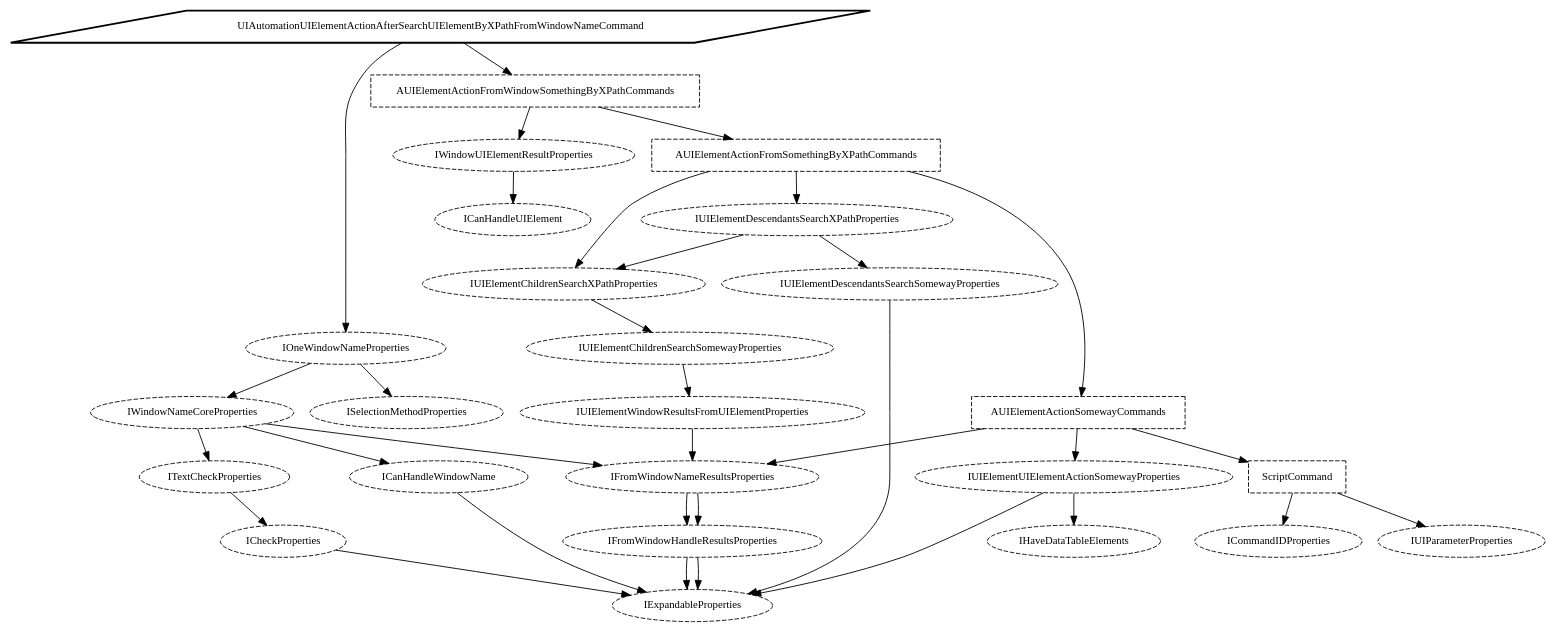
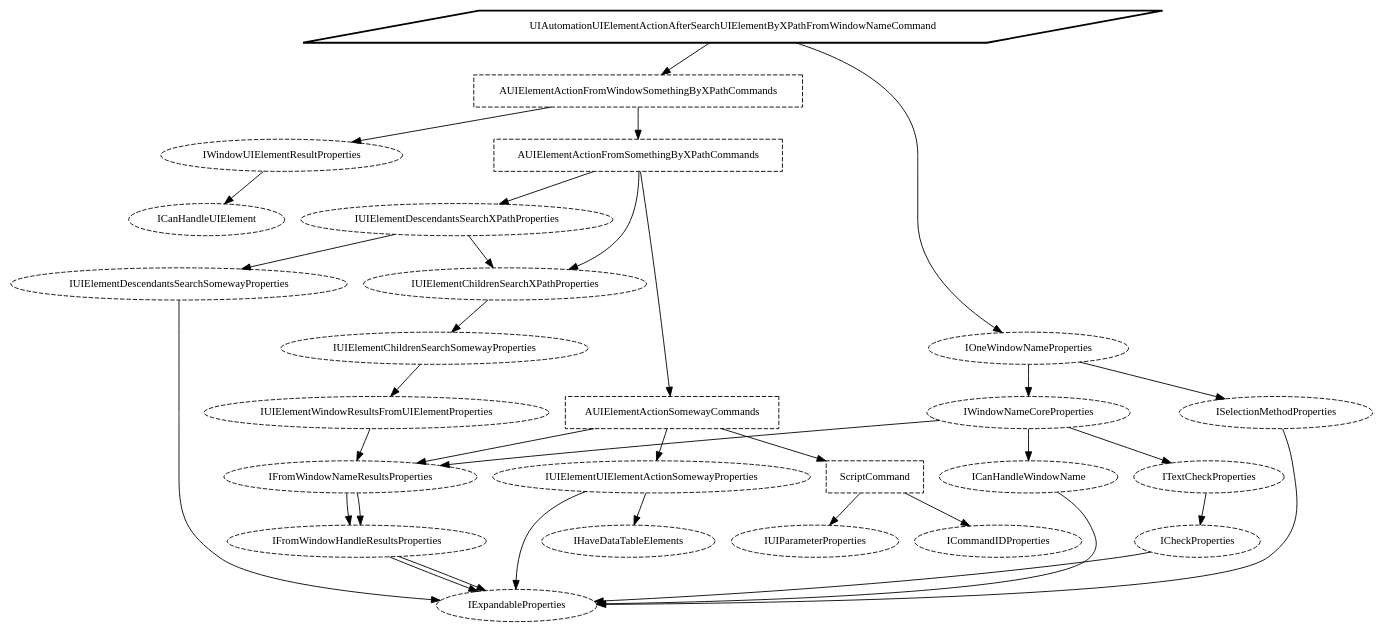
One commit to saucepleez/taskt changed the diagram in taskt/Core/Automation/Commands/UIAutomationGroup/UIAutomationUIElementActionAfterSearchUIElementByXPathFromWindowNameCommand.dot. Above: the diagram before and after it, drawn with Graphviz. The commit also changed 256 other files, not shown here.

```diff
--- a/taskt/Core/Automation/Commands/UIAutomationGroup/UIAutomationUIElementActionAfterSearchUIElementByXPathFromWindowNameCommand.dot
+++ b/taskt/Core/Automation/Commands/UIAutomationGroup/UIAutomationUIElementActionAfterSearchUIElementByXPathFromWindowNameCommand.dot
@@ -1,68 +1,69 @@
 digraph "taskt.Core.Automation.Commands.UIAutomationUIElementActionAfterSearchUIElementByXPathFromWindowNameCommand" {
     rankdir="TB";
     node [
         shape="box",
         fontname="Meiryo UI",
         fontsize="12pt"
     ];
 
 "taskt.Core.Automation.Commands.UIAutomationUIElementActionAfterSearchUIElementByXPathFromWindowNameCommand" [ label="UIAutomationUIElementActionAfterSearchUIElementByXPathFromWindowNameCommand", shape="parallelogram", style="bold", ];
 "taskt.Core.Automation.Commands.UIAutomationGroup.AUIElementActionFromWindowSomethingByXPathCommands" [ label="AUIElementActionFromWindowSomethingByXPathCommands", style="dashed", ];
 "taskt.Core.Automation.Commands.IOneWindowNameProperties" [ label="IOneWindowNameProperties", shape="ellipse", style="dashed", ];
 "taskt.Core.Automation.Commands.UIAutomationGroup.AUIElementActionFromSomethingByXPathCommands" [ label="AUIElementActionFromSomethingByXPathCommands", style="dashed", ];
 "taskt.Core.Automation.Commands.UIAutomationGroup.IWindowUIElementResultProperties" [ label="IWindowUIElementResultProperties", shape="ellipse", style="dashed", ];
 "taskt.Core.Automation.Commands.IWindowNameCoreProperties" [ label="IWindowNameCoreProperties", shape="ellipse", style="dashed", ];
 "taskt.Core.Automation.Commands.ISelectionMethodProperties" [ label="ISelectionMethodProperties", shape="ellipse", style="dashed", ];
 "taskt.Core.Automation.Commands.UIAutomationGroup.AUIElementActionSomewayCommands" [ label="AUIElementActionSomewayCommands", style="dashed", ];
 "taskt.Core.Automation.Commands.UIAutomationGroup.IUIElementChildrenSearchXPathProperties" [ label="IUIElementChildrenSearchXPathProperties", shape="ellipse", style="dashed", ];
 "taskt.Core.Automation.Commands.UIAutomationGroup.IUIElementDescendantsSearchXPathProperties" [ label="IUIElementDescendantsSearchXPathProperties", shape="ellipse", style="dashed", ];
 "taskt.Core.Automation.Commands.UIAutomationGroup.ICanHandleUIElement" [ label="ICanHandleUIElement", shape="ellipse", style="dashed", ];
 "taskt.Core.Automation.Commands.WindowGroup.IFromWindowNameResultsProperties" [ label="IFromWindowNameResultsProperties", shape="ellipse", style="dashed", ];
 "taskt.Core.Automation.Commands.ICanHandleWindowName" [ label="ICanHandleWindowName", shape="ellipse", style="dashed", ];
 "taskt.Core.Automation.Commands.TextGroup.ITextCheckProperties" [ label="ITextCheckProperties", shape="ellipse", style="dashed", ];
+"taskt.Core.Automation.Commands.IExpandableProperties" [ label="IExpandableProperties", shape="ellipse", style="dashed", ];
 "taskt.Core.Automation.Commands.ScriptCommand" [ label="ScriptCommand", style="dashed", ];
 "taskt.Core.Automation.Commands.UIAutomationGroup.IUIElementUIElementActionSomewayProperties" [ label="IUIElementUIElementActionSomewayProperties", shape="ellipse", style="dashed", ];
 "taskt.Core.Automation.Commands.UIAutomationGroup.IUIElementChildrenSearchSomewayProperties" [ label="IUIElementChildrenSearchSomewayProperties", shape="ellipse", style="dashed", ];
 "taskt.Core.Automation.Commands.UIAutomationGroup.IUIElementDescendantsSearchSomewayProperties" [ label="IUIElementDescendantsSearchSomewayProperties", shape="ellipse", style="dashed", ];
 "taskt.Core.Automation.Commands.WindowGroup.IFromWindowHandleResultsProperties" [ label="IFromWindowHandleResultsProperties", shape="ellipse", style="dashed", ];
-"taskt.Core.Automation.Commands.IExpandableProperties" [ label="IExpandableProperties", shape="ellipse", style="dashed", ];
 "taskt.Core.Automation.Commands.ICheckProperties" [ label="ICheckProperties", shape="ellipse", style="dashed", ];
 "taskt.Core.Automation.Commands.IUIParameterProperties" [ label="IUIParameterProperties", shape="ellipse", style="dashed", ];
 "taskt.Core.Automation.Commands.ICommandIDProperties" [ label="ICommandIDProperties", shape="ellipse", style="dashed", ];
 "taskt.Core.Automation.Commands.IHaveDataTableElements" [ label="IHaveDataTableElements", shape="ellipse", style="dashed", ];
 "taskt.Core.Automation.Commands.UIAutomationGroup.IUIElementWindowResultsFromUIElementProperties" [ label="IUIElementWindowResultsFromUIElementProperties", shape="ellipse", style="dashed", ];
 
 "taskt.Core.Automation.Commands.UIAutomationUIElementActionAfterSearchUIElementByXPathFromWindowNameCommand" -> "taskt.Core.Automation.Commands.UIAutomationGroup.AUIElementActionFromWindowSomethingByXPathCommands";
 "taskt.Core.Automation.Commands.UIAutomationUIElementActionAfterSearchUIElementByXPathFromWindowNameCommand" -> "taskt.Core.Automation.Commands.IOneWindowNameProperties";
 "taskt.Core.Automation.Commands.UIAutomationGroup.AUIElementActionFromWindowSomethingByXPathCommands" -> "taskt.Core.Automation.Commands.UIAutomationGroup.AUIElementActionFromSomethingByXPathCommands";
 "taskt.Core.Automation.Commands.UIAutomationGroup.AUIElementActionFromWindowSomethingByXPathCommands" -> "taskt.Core.Automation.Commands.UIAutomationGroup.IWindowUIElementResultProperties";
 "taskt.Core.Automation.Commands.IOneWindowNameProperties" -> "taskt.Core.Automation.Commands.IWindowNameCoreProperties";
 "taskt.Core.Automation.Commands.IOneWindowNameProperties" -> "taskt.Core.Automation.Commands.ISelectionMethodProperties";
 "taskt.Core.Automation.Commands.UIAutomationGroup.AUIElementActionFromSomethingByXPathCommands" -> "taskt.Core.Automation.Commands.UIAutomationGroup.AUIElementActionSomewayCommands";
 "taskt.Core.Automation.Commands.UIAutomationGroup.AUIElementActionFromSomethingByXPathCommands" -> "taskt.Core.Automation.Commands.UIAutomationGroup.IUIElementChildrenSearchXPathProperties";
 "taskt.Core.Automation.Commands.UIAutomationGroup.AUIElementActionFromSomethingByXPathCommands" -> "taskt.Core.Automation.Commands.UIAutomationGroup.IUIElementDescendantsSearchXPathProperties";
 "taskt.Core.Automation.Commands.UIAutomationGroup.IWindowUIElementResultProperties" -> "taskt.Core.Automation.Commands.UIAutomationGroup.ICanHandleUIElement";
 "taskt.Core.Automation.Commands.IWindowNameCoreProperties" -> "taskt.Core.Automation.Commands.WindowGroup.IFromWindowNameResultsProperties";
 "taskt.Core.Automation.Commands.IWindowNameCoreProperties" -> "taskt.Core.Automation.Commands.ICanHandleWindowName";
 "taskt.Core.Automation.Commands.IWindowNameCoreProperties" -> "taskt.Core.Automation.Commands.TextGroup.ITextCheckProperties";
+"taskt.Core.Automation.Commands.ISelectionMethodProperties" -> "taskt.Core.Automation.Commands.IExpandableProperties";
 "taskt.Core.Automation.Commands.UIAutomationGroup.AUIElementActionSomewayCommands" -> "taskt.Core.Automation.Commands.ScriptCommand";
 "taskt.Core.Automation.Commands.UIAutomationGroup.AUIElementActionSomewayCommands" -> "taskt.Core.Automation.Commands.UIAutomationGroup.IUIElementUIElementActionSomewayProperties";
 "taskt.Core.Automation.Commands.UIAutomationGroup.AUIElementActionSomewayCommands" -> "taskt.Core.Automation.Commands.WindowGroup.IFromWindowNameResultsProperties";
 "taskt.Core.Automation.Commands.UIAutomationGroup.IUIElementChildrenSearchXPathProperties" -> "taskt.Core.Automation.Commands.UIAutomationGroup.IUIElementChildrenSearchSomewayProperties";
 "taskt.Core.Automation.Commands.UIAutomationGroup.IUIElementDescendantsSearchXPathProperties" -> "taskt.Core.Automation.Commands.UIAutomationGroup.IUIElementChildrenSearchXPathProperties";
 "taskt.Core.Automation.Commands.UIAutomationGroup.IUIElementDescendantsSearchXPathProperties" -> "taskt.Core.Automation.Commands.UIAutomationGroup.IUIElementDescendantsSearchSomewayProperties";
 "taskt.Core.Automation.Commands.WindowGroup.IFromWindowNameResultsProperties" -> "taskt.Core.Automation.Commands.WindowGroup.IFromWindowHandleResultsProperties";
 "taskt.Core.Automation.Commands.ICanHandleWindowName" -> "taskt.Core.Automation.Commands.IExpandableProperties";
 "taskt.Core.Automation.Commands.TextGroup.ITextCheckProperties" -> "taskt.Core.Automation.Commands.ICheckProperties";
 "taskt.Core.Automation.Commands.ScriptCommand" -> "taskt.Core.Automation.Commands.IUIParameterProperties";
 "taskt.Core.Automation.Commands.ScriptCommand" -> "taskt.Core.Automation.Commands.ICommandIDProperties";
 "taskt.Core.Automation.Commands.UIAutomationGroup.IUIElementUIElementActionSomewayProperties" -> "taskt.Core.Automation.Commands.IExpandableProperties";
 "taskt.Core.Automation.Commands.UIAutomationGroup.IUIElementUIElementActionSomewayProperties" -> "taskt.Core.Automation.Commands.IHaveDataTableElements";
 "taskt.Core.Automation.Commands.UIAutomationGroup.IUIElementChildrenSearchSomewayProperties" -> "taskt.Core.Automation.Commands.UIAutomationGroup.IUIElementWindowResultsFromUIElementProperties";
 "taskt.Core.Automation.Commands.UIAutomationGroup.IUIElementDescendantsSearchSomewayProperties" -> "taskt.Core.Automation.Commands.IExpandableProperties";
 "taskt.Core.Automation.Commands.WindowGroup.IFromWindowHandleResultsProperties" -> "taskt.Core.Automation.Commands.IExpandableProperties";
 "taskt.Core.Automation.Commands.ICheckProperties" -> "taskt.Core.Automation.Commands.IExpandableProperties";
 "taskt.Core.Automation.Commands.UIAutomationGroup.IUIElementWindowResultsFromUIElementProperties" -> "taskt.Core.Automation.Commands.WindowGroup.IFromWindowNameResultsProperties";
 "taskt.Core.Automation.Commands.WindowGroup.IFromWindowNameResultsProperties" -> "taskt.Core.Automation.Commands.WindowGroup.IFromWindowHandleResultsProperties";
 "taskt.Core.Automation.Commands.WindowGroup.IFromWindowHandleResultsProperties" -> "taskt.Core.Automation.Commands.IExpandableProperties";
 }
```
